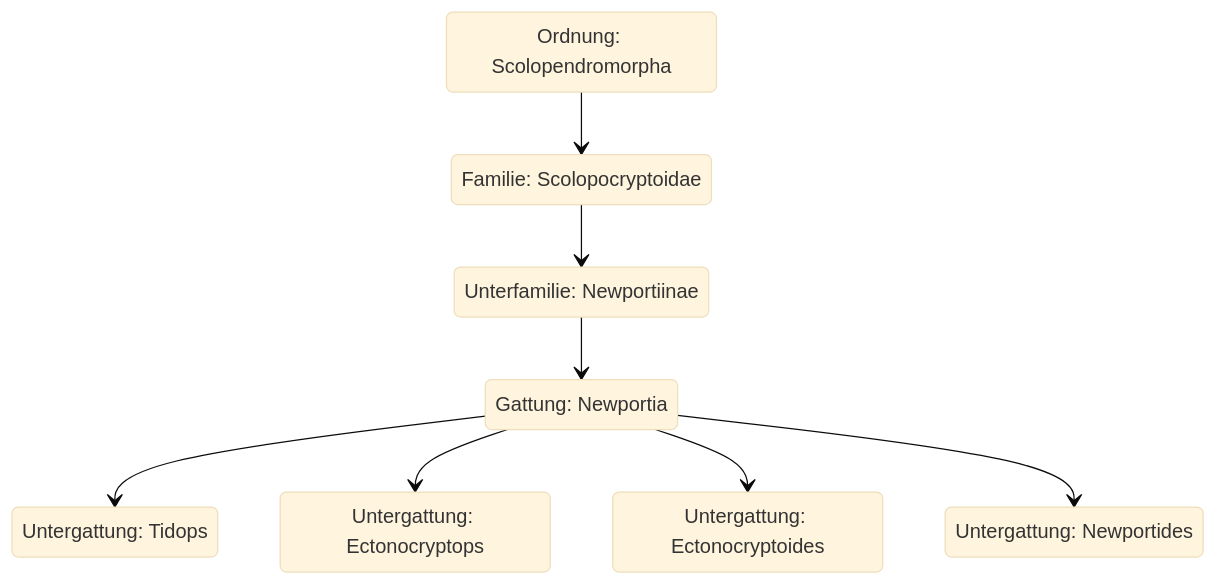
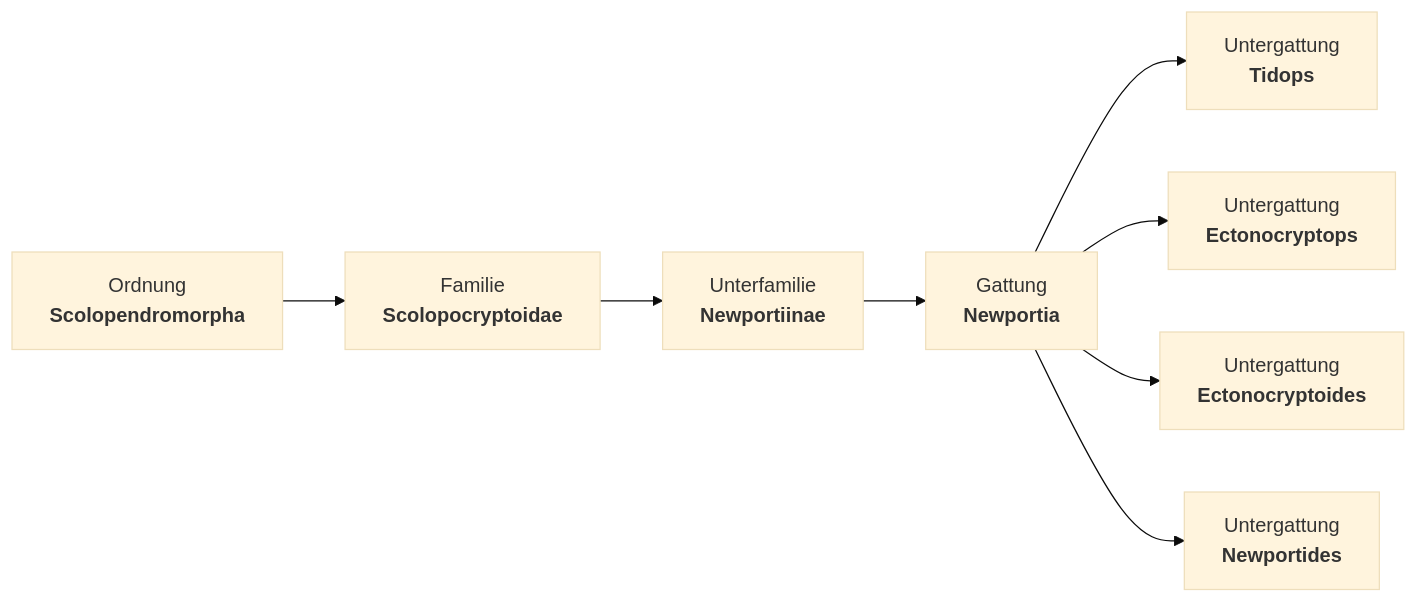
Before and after one commit to christhulhu/acab: the diagram in content/skolopender/taxonomie/scolopendromorpha/newportia/index.md, drawn with Mermaid (base theme). The commit also changed 19 other files, not shown here.

```diff
--- a/content/skolopender/taxonomie/scolopendromorpha/newportia/index.md
+++ b/content/skolopender/taxonomie/scolopendromorpha/newportia/index.md
@@ -21,21 +21,32 @@
-{{< mermaid >}}
-stateDiagram-v2
-    state "Ordnung: Scolopendromorpha" as scolopendromorpha
-    state "Familie: Scolopocryptoidae" as scolopocryptoidae
-    state "Unterfamilie: Newportiinae" as newportiinae
+{{<mermaid>}}
+flowchart LR
+    scolopendromorpha["`Ordnung
+                        **Scolopendromorpha**`"]
+    scolopocryptoidae["`Familie
+                        **Scolopocryptoidae**`"]
+        newportiinae["`Unterfamilie
+                    **Newportiinae**`"]
+            newportia["`Gattung
+                     **Newportia**`"]
+                tidops["`Untergattung 
+                        **Tidops**`"]
+                ectonocryptops["`Untergattung 
+                        **Ectonocryptops**`"]
+                ectonocryptoides["`Untergattung 
+                        **Ectonocryptoides**`"]
+                newportides["`Untergattung 
+                        **Newportides**`"]
+        
 
     scolopendromorpha --> scolopocryptoidae
-    scolopocryptoidae --> newportiinae
-    newportiinae --> newportia
+    
+        scolopocryptoidae --> newportiinae
+            newportiinae --> newportia
+            newportia --> tidops
+            newportia --> ectonocryptops
+            newportia --> ectonocryptoides
+            newportia --> newportides
 
-    state "Gattung: Newportia" as newportia
-    state "Untergattung: Tidops" as tidops
-    state "Untergattung: Ectonocryptops" as ectonocryptops
-    state "Untergattung: Ectonocryptoides" as ectonocryptoides
-    state "Untergattung: Newportides" as newportides
+    click scolopendromorpha "../"
 
-    newportia --> tidops
-    newportia --> ectonocryptops
-    newportia --> ectonocryptoides 
-    newportia --> newportides
-{{< /mermaid >}}
+{{</mermaid>}}
```
